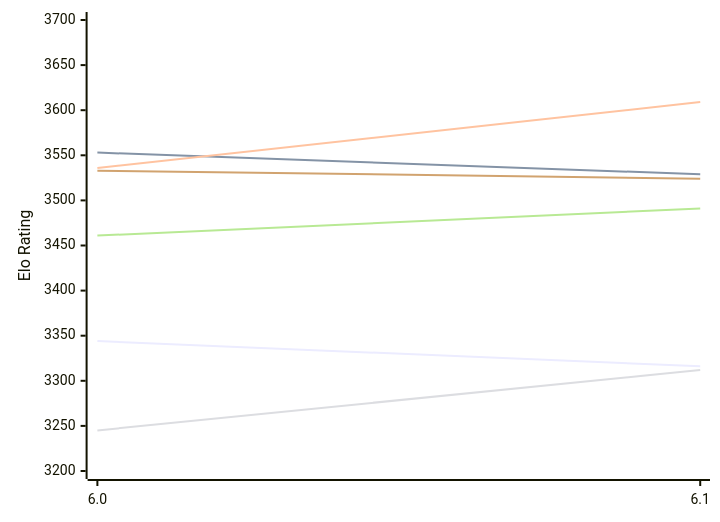
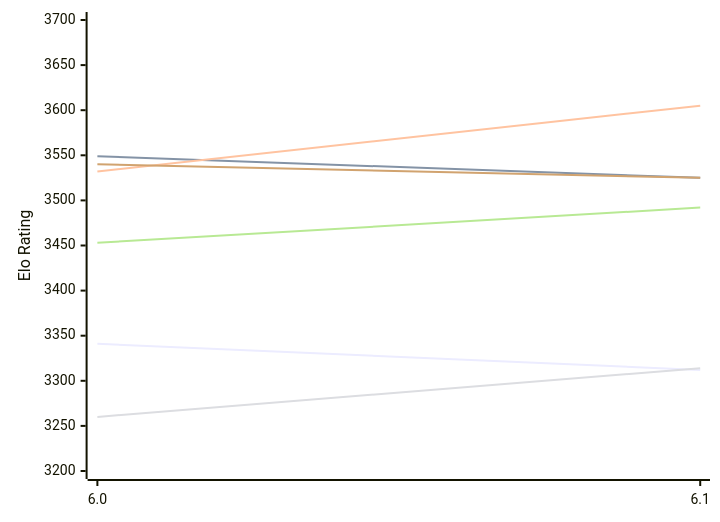
Before and after one commit to computer-chess-index/cci: the first of 2 diagrams in engines/Starzix.md, drawn with Mermaid. The commit also changed other lines of this file, not shown here.

Commit message:
Update CCI Ratings (ELO VLTC) - 2026-11-21

````diff
--- a/engines/Starzix.md
+++ b/engines/Starzix.md
@@ -51,12 +51,12 @@
 ```mermaid
 %%{init: {"theme":"base","themeVariables":{"seriesColors:['#a3a3a3','#222221','#faa371']}}}%%
 xychart-beta
   x-axis ["6.0", "6.1"]
   y-axis "Elo Rating" 3200 --> 3700
-  line "E1: STC (8.0+0.08s)" [3344, 3316]
-  line "E1: LTC (60.0+0.60s)" [3553, 3529]
-  line "E1: VLTC (2m24s+1.12s)" [3536, 3609]
-  line "P1: STC (8.0+0.08s)" [3245, 3312]
-  line "P1: LTC (60.0+0.60s)" [3461, 3491]
-  line "P1: VLTC (2m24s+1.12s)" [3533, 3524]
+  line "E1: STC (8.0+0.08s)" [3341, 3312]
+  line "E1: LTC (60.0+0.60s)" [3549, 3525]
+  line "E1: VLTC (2m24s+1.12s)" [3532, 3605]
+  line "P1: STC (8.0+0.08s)" [3260, 3314]
+  line "P1: LTC (60.0+0.60s)" [3453, 3492]
+  line "P1: VLTC (2m24s+1.12s)" [3540, 3525]
 ```
````
